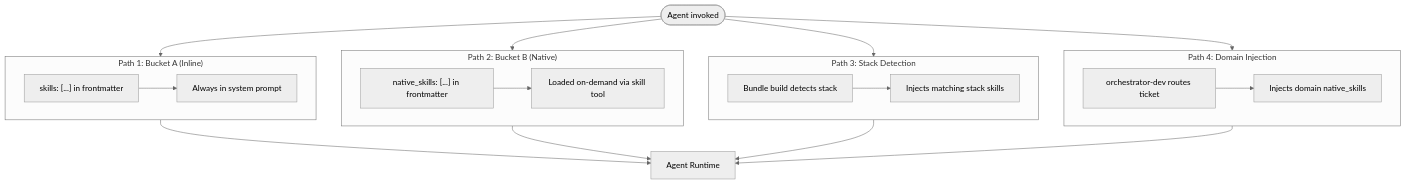
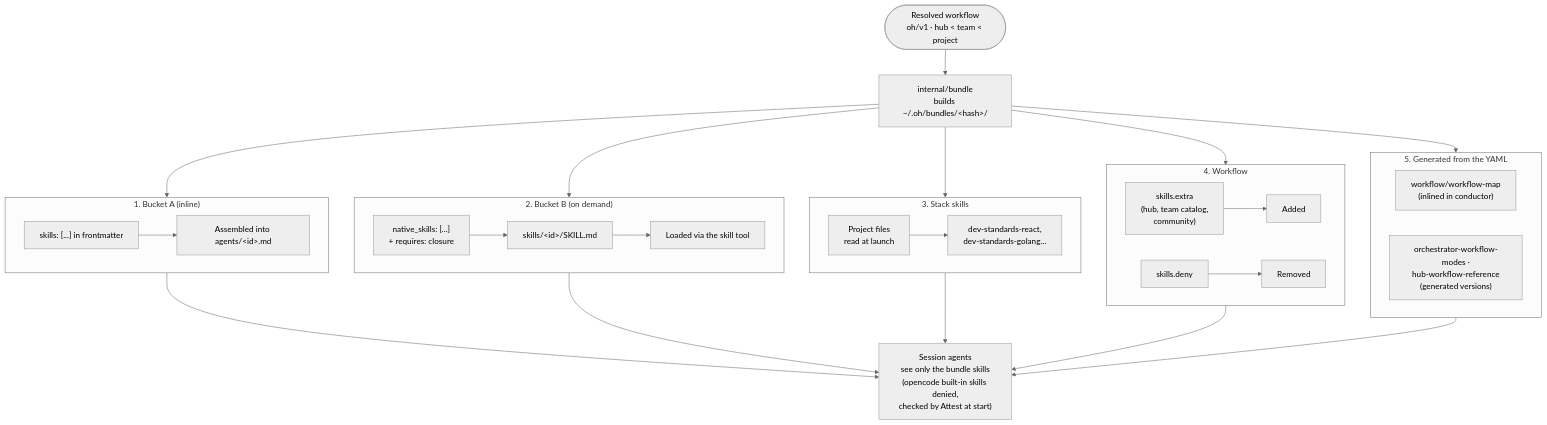
The diagram in docs/architecture/skills.en.md (datichb/openhub), drawn with Mermaid (neutral theme) before and after one commit. The commit also changed other lines of this file and 11 other files, not shown here.

Commit message:
docs(architecture): vue d'ensemble v5 (workflow → paquet → serveur de groupe → session, démon, proxy, passerelles, monde fermé, ADR 038–048), agents (20, conductor), skills (livraison par le paquet, inventaire refait), délégation, wiki vivant, todo ; lien de langue en ligne 1 (v5 finalisation, DOC2)

````diff
--- a/docs/architecture/skills.en.md
+++ b/docs/architecture/skills.en.md
@@ -14,22 +71,29 @@
 ```mermaid
 flowchart TD
-    START(["Agent invoked"]) --> P1 & P2 & P3 & P4
+    WF(["Resolved workflow<br/>oh/v1 · hub &lt; team &lt; project"]) --> BUILD["internal/bundle<br/>builds ~/.oh/bundles/&lt;hash&gt;/"]
 
-    subgraph P1 ["Path 1: Bucket A (Inline)"]
-        A1["skills: [...] in frontmatter"] --> A2["Always in system prompt"]
+    subgraph P1 ["1. Bucket A (inline)"]
+        A1["skills: [...] in frontmatter"] --> A2["Assembled into agents/&lt;id&gt;.md"]
     end
 
-    subgraph P2 ["Path 2: Bucket B (Native)"]
-        B1["native_skills: [...] in frontmatter"] --> B2["Loaded on-demand via skill tool"]
+    subgraph P2 ["2. Bucket B (on demand)"]
+        B1["native_skills: [...]<br/>+ requires: closure"] --> B2["skills/&lt;id&gt;/SKILL.md"] --> B3["Loaded via the skill tool"]
     end
 
-    subgraph P3 ["Path 3: Stack Detection"]
-        C1["Bundle build detects stack"] --> C2["Injects matching stack skills"]
+    subgraph P3 ["3. Stack skills"]
+        C1["Project files<br/>read at launch"] --> C2["dev-standards-react,<br/>dev-standards-golang…"]
     end
 
-    subgraph P4 ["Path 4: Domain Injection"]
-        D1["orchestrator-dev routes ticket"] --> D2["Injects domain native_skills"]
+    subgraph P4 ["4. Workflow"]
+        D1["skills.extra<br/>(hub, team catalog,<br/>community)"] --> D3["Added"]
+        D2["skills.deny"] --> D4["Removed"]
     end
 
-    P1 & P2 & P3 & P4 --> AGENT["Agent Runtime"]
+    subgraph P5 ["5. Generated from the YAML"]
+        E1["workflow/workflow-map<br/>(inlined in conductor)"]
+        E2["orchestrator-workflow-modes ·<br/>hub-workflow-reference<br/>(generated versions)"]
+    end
+
+    BUILD --> P1 & P2 & P3 & P4 & P5
+    P1 & P2 & P3 & P4 & P5 --> AGENT["Session agents<br/>see only the bundle skills<br/>(opencode built-in skills denied,<br/>checked by Attest at start)"]
 ```
````
